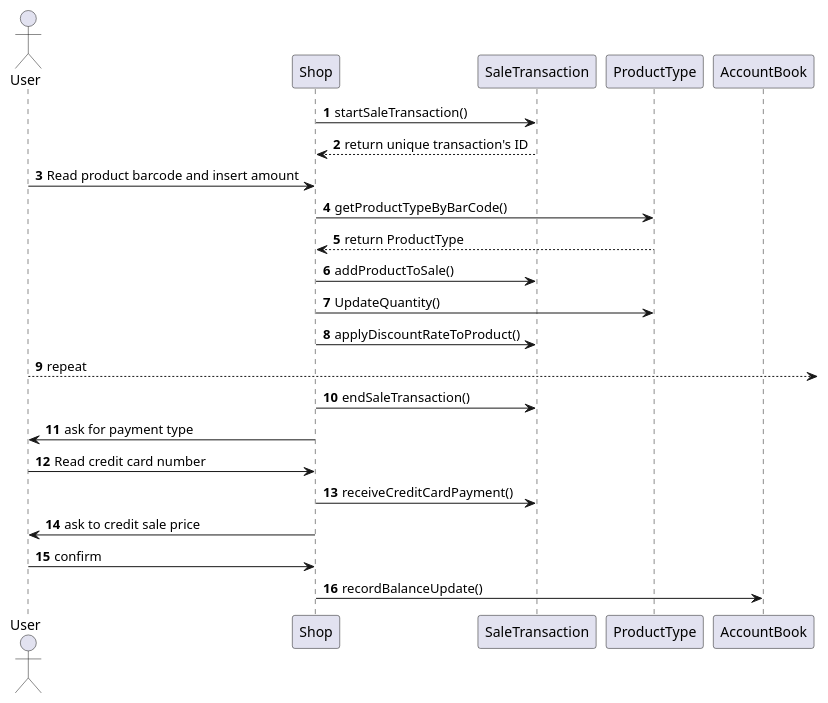
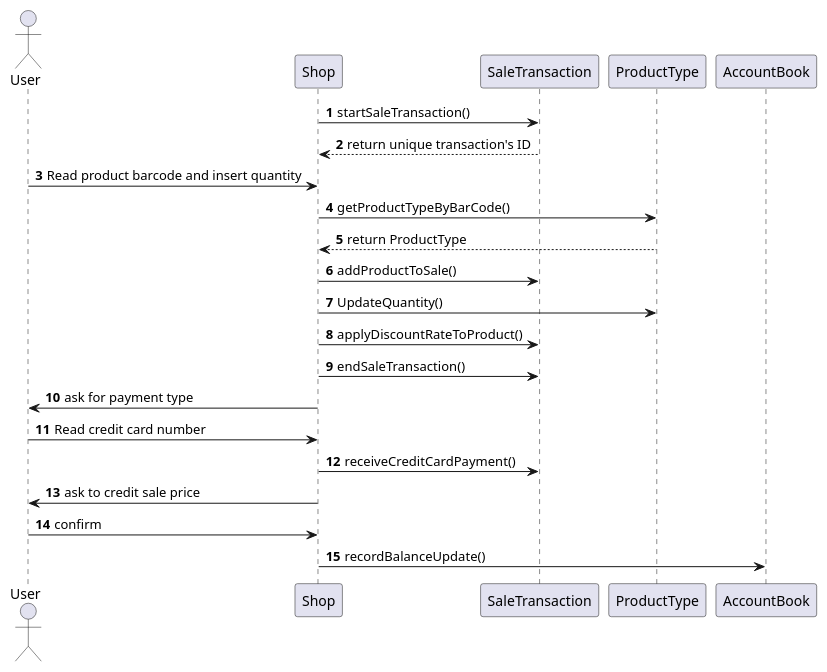
Before and after one commit to b3xul/ezshop: diagram 14 of 17 in Deliverables/DesignDocument.md, drawn with PlantUML. The commit also changed other lines of this file, not shown here.

Commit message:
updated sequences

````diff
--- a/Deliverables/DesignDocument.md
+++ b/Deliverables/DesignDocument.md
@@ -503,29 +488,28 @@
 ```plantuml
 @startuml
 
 actor User
 participant Shop
 participant SaleTransaction
 participant ProductType
 participant AccountBook
 
 autonumber
 Shop -> SaleTransaction : startSaleTransaction()
 SaleTransaction --> Shop: return unique transaction's ID
-User -> Shop: Read product barcode and insert amount
+User -> Shop: Read product barcode and insert quantity
 Shop -> ProductType : getProductTypeByBarCode()
 ProductType --> Shop: return ProductType
 Shop -> SaleTransaction : addProductToSale()
 Shop -> ProductType : UpdateQuantity()
 Shop -> SaleTransaction : applyDiscountRateToProduct()
-User --> :repeat
 Shop -> SaleTransaction : endSaleTransaction()
 Shop -> User: ask for payment type
 User -> Shop : Read credit card number
 Shop -> SaleTransaction : receiveCreditCardPayment() 
 Shop -> User: ask to credit sale price
 User -> Shop: confirm
 Shop -> AccountBook: recordBalanceUpdate()
 
 @enduml
 ```
````
